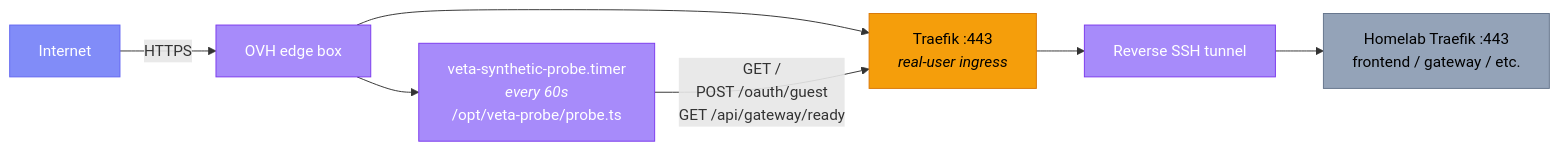
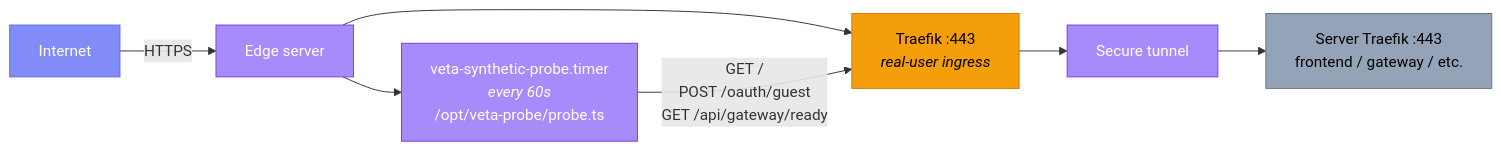
One commit to milesburton/veta-trading-platform changed the diagram in docs/site/src/content/docs/platform/supporting/synthetic-probe.md. Above: the diagram before and after it, drawn with Mermaid. The commit also changed other lines of this file and 52 other files, not shown here.

````diff
--- a/docs/site/src/content/docs/platform/supporting/synthetic-probe.md
+++ b/docs/site/src/content/docs/platform/supporting/synthetic-probe.md
@@ -14,21 +14,21 @@
 ```mermaid
 graph LR
     INET["Internet"]:::client
-    OVH["OVH edge box<br/><edge-server>"]:::edge
+    EDGE["Edge server<br/><edge-server>"]:::edge
     PROBE["veta-synthetic-probe.timer<br/><i>every 60s</i><br/>/opt/veta-probe/probe.ts"]:::edge
     TRAEFIK["Traefik :443<br/><i>real-user ingress</i>"]:::gateway
-    TUNNEL["Reverse SSH tunnel"]:::edge
-    HL["Homelab Traefik :443<br/>frontend / gateway / etc."]:::support
+    TUNNEL["Secure tunnel"]:::edge
+    HL["Server Traefik :443<br/>frontend / gateway / etc."]:::support
 
-    INET -->|"HTTPS"| OVH
-    OVH --> PROBE
-    OVH --> TRAEFIK
+    INET -->|"HTTPS"| EDGE
+    EDGE --> PROBE
+    EDGE --> TRAEFIK
     PROBE -->|"GET /<br/>POST /oauth/guest<br/>GET /api/gateway/ready"| TRAEFIK
     TRAEFIK --> TUNNEL
     TUNNEL --> HL
 
     classDef client fill:#818cf8,stroke:#6366f1,color:#fff
     classDef edge fill:#a78bfa,stroke:#7c3aed,color:#fff
     classDef gateway fill:#f59e0b,stroke:#d97706,color:#000
     classDef support fill:#94a3b8,stroke:#64748b,color:#000
 ```
````
